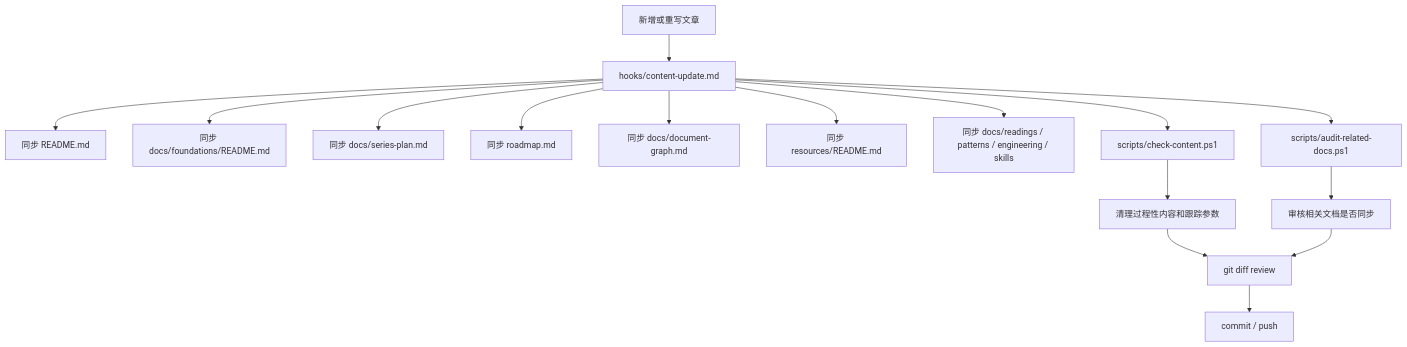
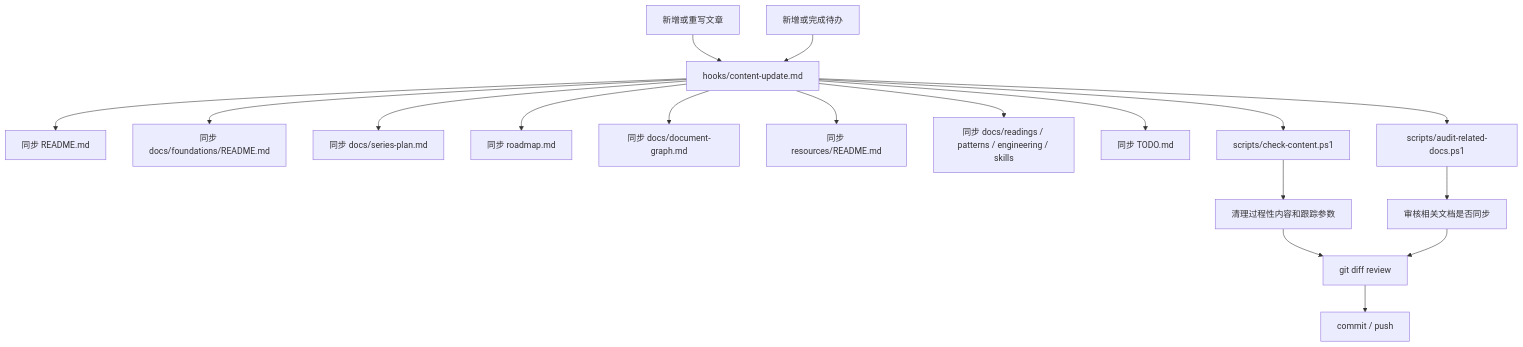
One commit to pittosporum-seu/Learning_Agent changed the third of 3 diagrams in docs/document-graph.md. Above: the diagram before and after it, drawn with Mermaid. The commit also changed other lines of this file and 11 other files, not shown here.

````diff
--- a/docs/document-graph.md
+++ b/docs/document-graph.md
@@ -72,21 +73,23 @@
 ```mermaid
 flowchart TD
     A["新增或重写文章"] --> B["hooks/content-update.md"]
+    T["新增或完成待办"] --> B
     B --> C["同步 README.md"]
     B --> D["同步 docs/foundations/README.md"]
     B --> E["同步 docs/series-plan.md"]
     B --> F["同步 roadmap.md"]
     B --> G["同步 docs/document-graph.md"]
     B --> H["同步 resources/README.md"]
     B --> O["同步 docs/readings / patterns / engineering / skills"]
+    B --> P["同步 TODO.md"]
 
     B --> I["scripts/check-content.ps1"]
     B --> J["scripts/audit-related-docs.ps1"]
 
     I --> K["清理过程性内容和跟踪参数"]
     J --> L["审核相关文档是否同步"]
 
     K --> M["git diff review"]
     L --> M
     M --> N["commit / push"]
 ```
````
